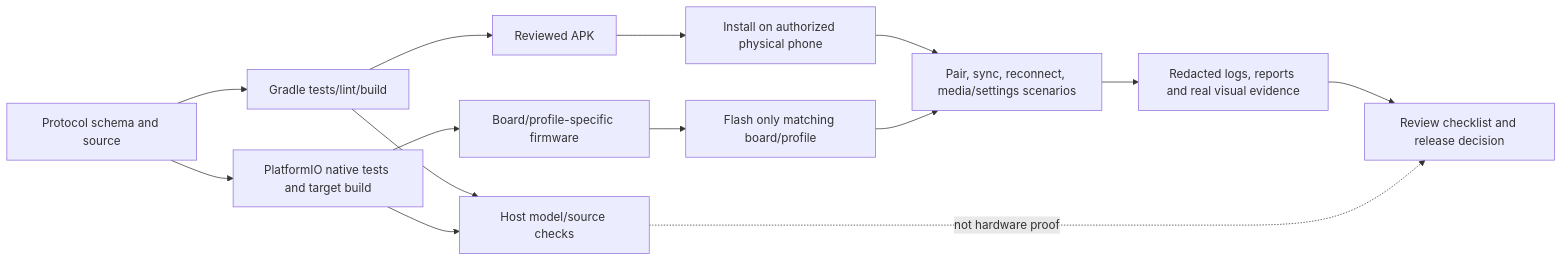
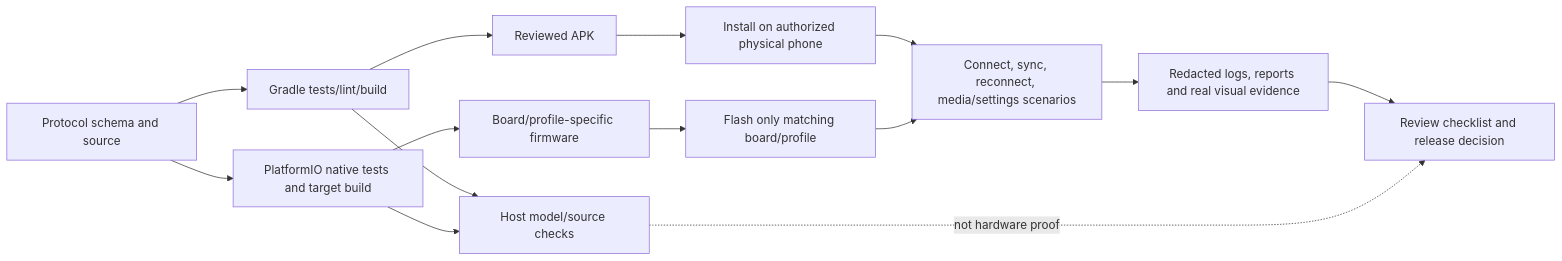
The diagram in docs/diagrams/deployment-test.mmd (jashjain-1/CYD-Build), drawn with Mermaid before and after one commit. The commit also changed 141 other files, not shown here.

```diff
--- a/docs/diagrams/deployment-test.mmd
+++ b/docs/diagrams/deployment-test.mmd
@@ -1,14 +1,14 @@
 flowchart LR
   SCHEMA[Protocol schema and source] --> ANDROID[Gradle tests/lint/build]
   SCHEMA --> FW[PlatformIO native tests and target build]
   ANDROID --> HOST[Host model/source checks]
   FW --> HOST
   ANDROID --> APK[Reviewed APK]
   FW --> BIN[Board/profile-specific firmware]
   APK --> PHONE[Install on authorized physical phone]
   BIN --> HUD[Flash only matching board/profile]
-  PHONE --> E2E[Pair, sync, reconnect, media/settings scenarios]
+  PHONE --> E2E[Connect, sync, reconnect, media/settings scenarios]
   HUD --> E2E
   E2E --> EVID[Redacted logs, reports and real visual evidence]
   EVID --> RELEASE[Review checklist and release decision]
   HOST -. not hardware proof .-> RELEASE
```
